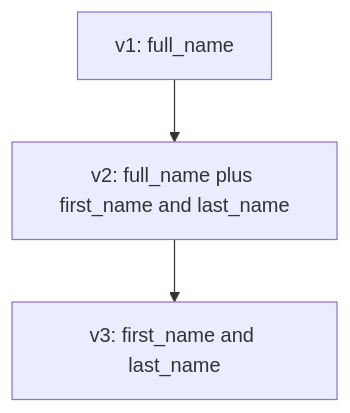
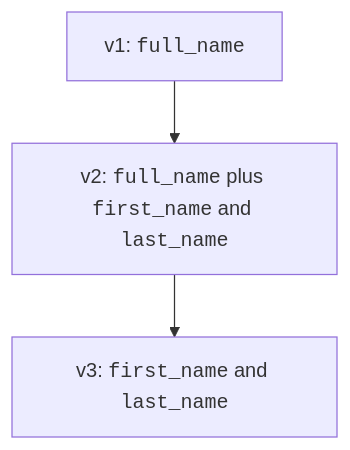
Before and after one commit to dataslope/dataslope: the sixth of 8 diagrams in content/learn/database-design-postgresql/evolving-schemas-safely.mdx, drawn with Mermaid. The commit also changed 153 other files, not shown here.

First line of the commit message:
Render code-only mermaid shapes in monospace; convert step sequences to Steps

````diff
--- a/content/learn/database-design-postgresql/evolving-schemas-safely.mdx
+++ b/content/learn/database-design-postgresql/evolving-schemas-safely.mdx
@@ -191,5 +191,5 @@
 ```mermaid
 flowchart TD
-    V1["v1: full_name"] --> V2["v2: full_name plus first_name and last_name"]
-    V2 --> V3["v3: first_name and last_name"]
+    V1["v1: <code>full_name</code>"] --> V2["v2: <code>full_name</code> plus <code>first_name</code> and <code>last_name</code>"]
+    V2 --> V3["v3: <code>first_name</code> and <code>last_name</code>"]
 ```
````
